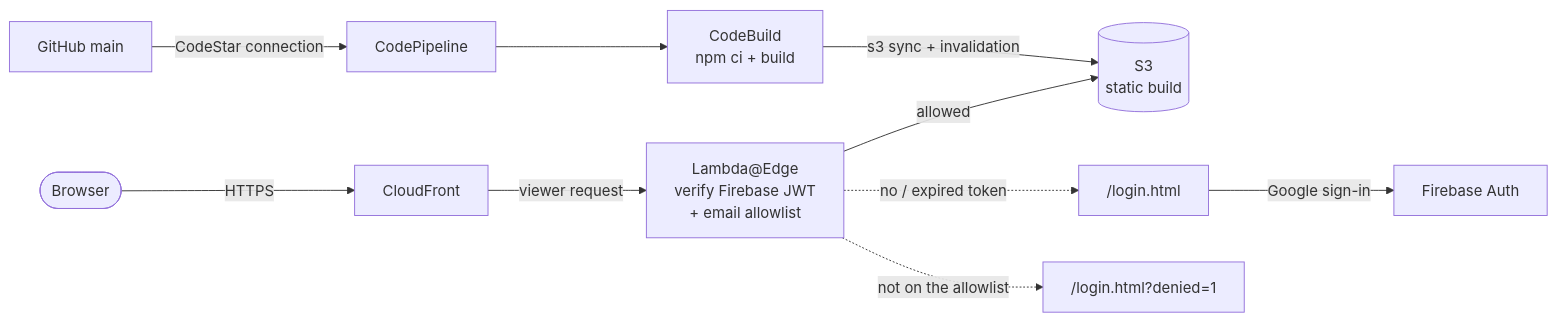
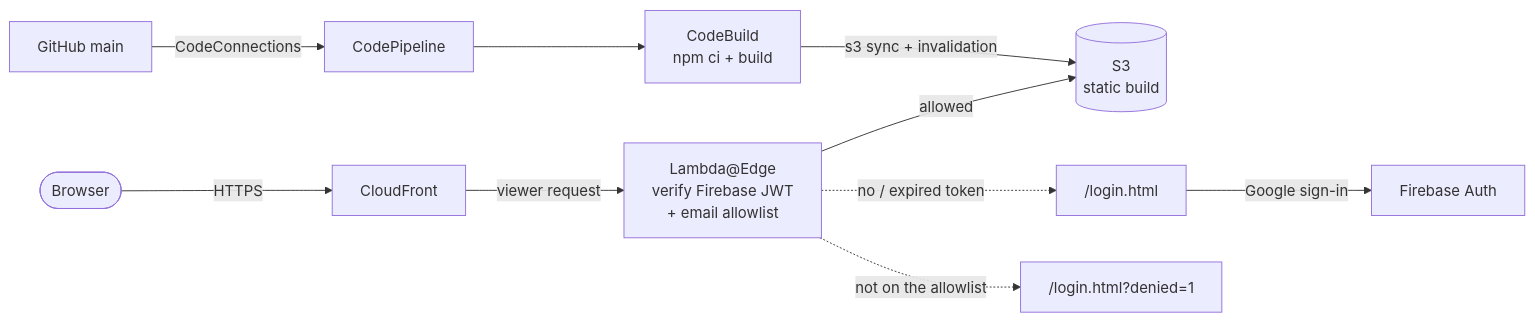
One commit to codex-magica/codex-magica.github.io changed the first of 2 diagrams in examples/aws-infra/README.md. Above: the diagram before and after it, drawn with Mermaid. The commit also changed other lines of this file and 6 other files, not shown here.

````diff
--- a/examples/aws-infra/README.md
+++ b/examples/aws-infra/README.md
@@ -20,10 +21,10 @@
 ```mermaid
 flowchart LR
     U([Browser]) -->|HTTPS| CF[CloudFront]
     CF -->|viewer request| EDGE["Lambda@Edge<br/>verify Firebase JWT<br/>+ email allowlist"]
     EDGE -->|allowed| S3[("S3<br/>static build")]
     EDGE -.->|"no / expired token"| LOGIN["/login.html"]
     EDGE -.->|"not on the allowlist"| DENIED["/login.html?denied=1"]
     LOGIN -->|Google sign-in| FB[Firebase Auth]
-    GH[GitHub main] -->|CodeStar connection| CP[CodePipeline] --> CB["CodeBuild<br/>npm ci + build"] -->|"s3 sync + invalidation"| S3
+    GH[GitHub main] -->|CodeConnections| CP[CodePipeline] --> CB["CodeBuild<br/>npm ci + build"] -->|"s3 sync + invalidation"| S3
 ```
````
